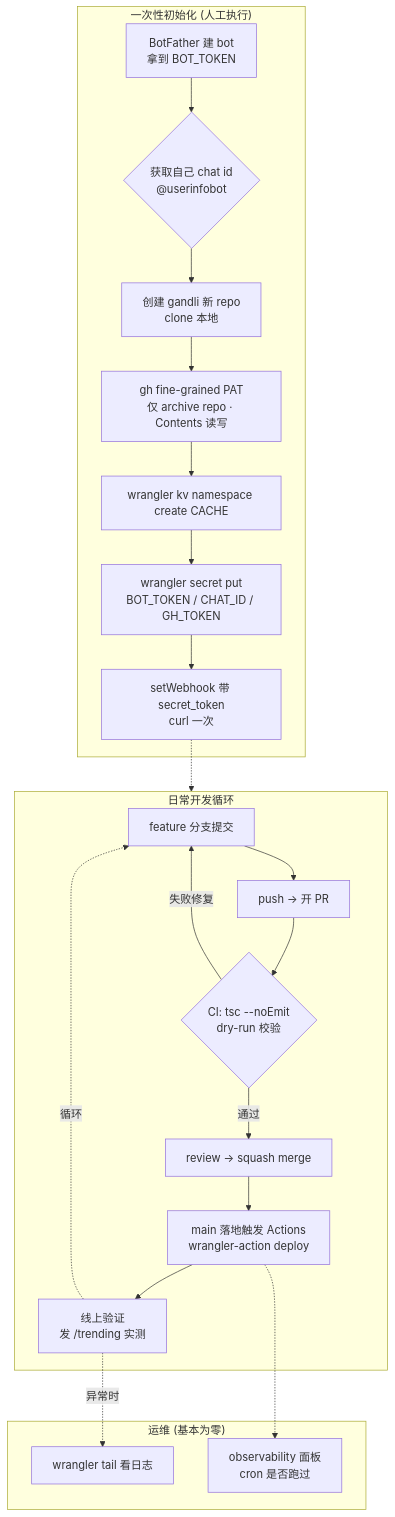
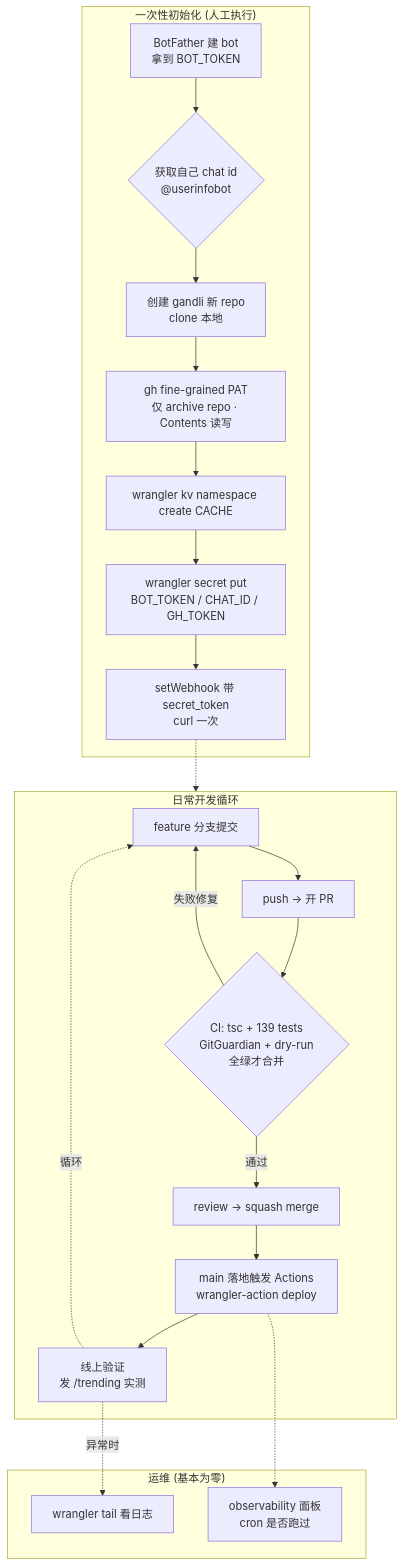
One commit to gandli/daily-digest changed the diagram in docs/diagrams/devflow.mmd. Above: the diagram before and after it, drawn with Mermaid. The commit also changed 12 other files, not shown here.

Commit message:
docs: 完善开发文档 — 新增 INTERFACES(接口/KV键/命令) + ROADMAP(开发计划); 更新架构图/时序图反映现状(三链/搜索分页/每仓OG图); gitignore 工具产物 (#75)

```diff
--- a/docs/diagrams/devflow.mmd
+++ b/docs/diagrams/devflow.mmd
@@ -1,33 +1,33 @@
 flowchart TB
     subgraph ONCE["一次性初始化 (人工执行)"]
         B1["BotFather 建 bot<br/>拿到 BOT_TOKEN"]
         B2{"获取自己 chat id<br/>@userinfobot"}
         B3["创建 gandli 新 repo<br/>clone 本地"]
         B4["gh fine-grained PAT<br/>仅 archive repo · Contents 读写"]
         B5["wrangler kv namespace create CACHE"]
         B6["wrangler secret put<br/>BOT_TOKEN / CHAT_ID / GH_TOKEN"]
         B7["setWebhook 带 secret_token<br/>curl 一次"]
     end
 
     subgraph DEV["日常开发循环"]
         D1["feature 分支提交"]
         D2["push → 开 PR"]
-        D3{"CI: tsc --noEmit<br/>dry-run 校验"}
+        D3{"CI: tsc + 139 tests<br/>GitGuardian + dry-run<br/>全绿才合并"}
         D4["review → squash merge"]
         D5["main 落地触发 Actions<br/>wrangler-action deploy"]
         D6["线上验证<br/>发 /trending 实测"]
     end
 
     subgraph OPS["运维 (基本为零)"]
         O1["wrangler tail 看日志"]
         O2["observability 面板<br/>cron 是否跑过"]
     end
 
     B1 --> B2 --> B3 --> B4 --> B5 --> B6 --> B7
     B7 -.-> DEV
     D1 --> D2 --> D3
     D3 -->|"失败修复"| D1
     D3 -->|"通过"| D4 --> D5 --> D6
     D6 -.->|"异常时"| O1
     D5 -.-> O2
     D6 -.->|"循环"| D1
```
